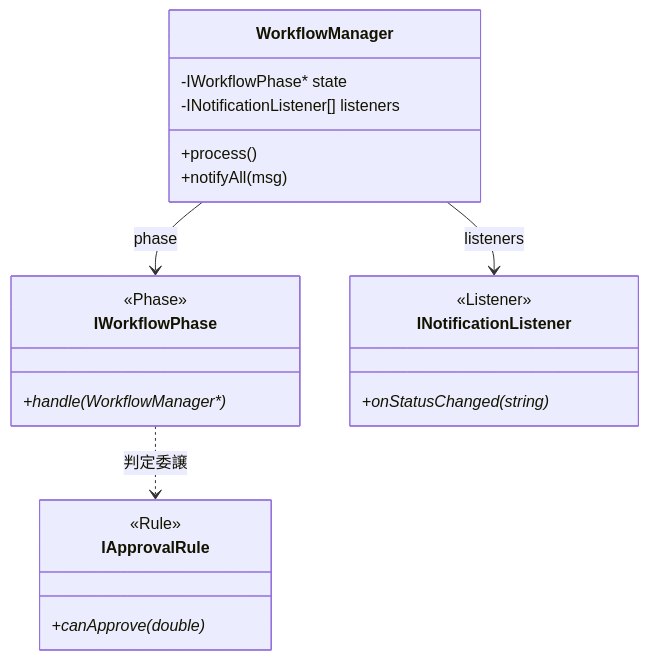
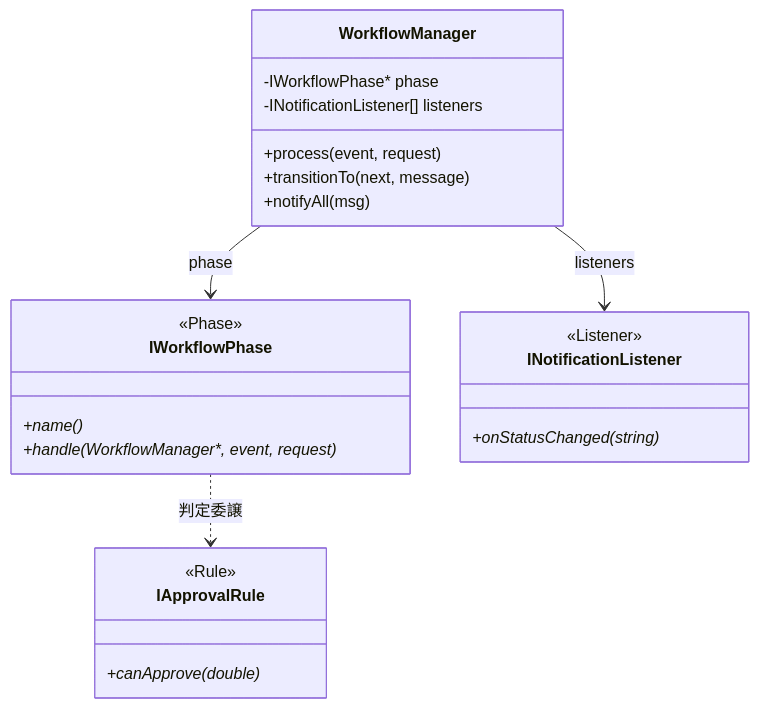
Before and after one commit to kumachan1101-pixel/DesignPattern: the eighth of 8 diagrams in kindle/design-patterns/output/chapter12.md, drawn with Mermaid. The commit also changed other lines of this file and 1 other file, not shown here.

Commit message:
docs: implement real state transitions in workflow chapter

````diff
--- a/kindle/design-patterns/output/chapter12.md
+++ b/kindle/design-patterns/output/chapter12.md
@@ -1199,24 +1256,26 @@
 ```mermaid
 classDiagram
     class WorkflowManager {
-        -IWorkflowPhase* state
+        -IWorkflowPhase* phase
         -INotificationListener[] listeners
-        +process()
+        +process(event, request)
+        +transitionTo(next, message)
         +notifyAll(msg)
     }
     class IWorkflowPhase {
         <<Phase>>
-        +handle(WorkflowManager*)*
+        +name()*
+        +handle(WorkflowManager*, event, request)*
     }
     class IApprovalRule {
         <<Rule>>
         +canApprove(double)*
     }
     class INotificationListener {
         <<Listener>>
         +onStatusChanged(string)*
     }
     WorkflowManager --> IWorkflowPhase : phase
     WorkflowManager --> INotificationListener : listeners
     IWorkflowPhase ..> IApprovalRule : 判定委譲
 ```
````
